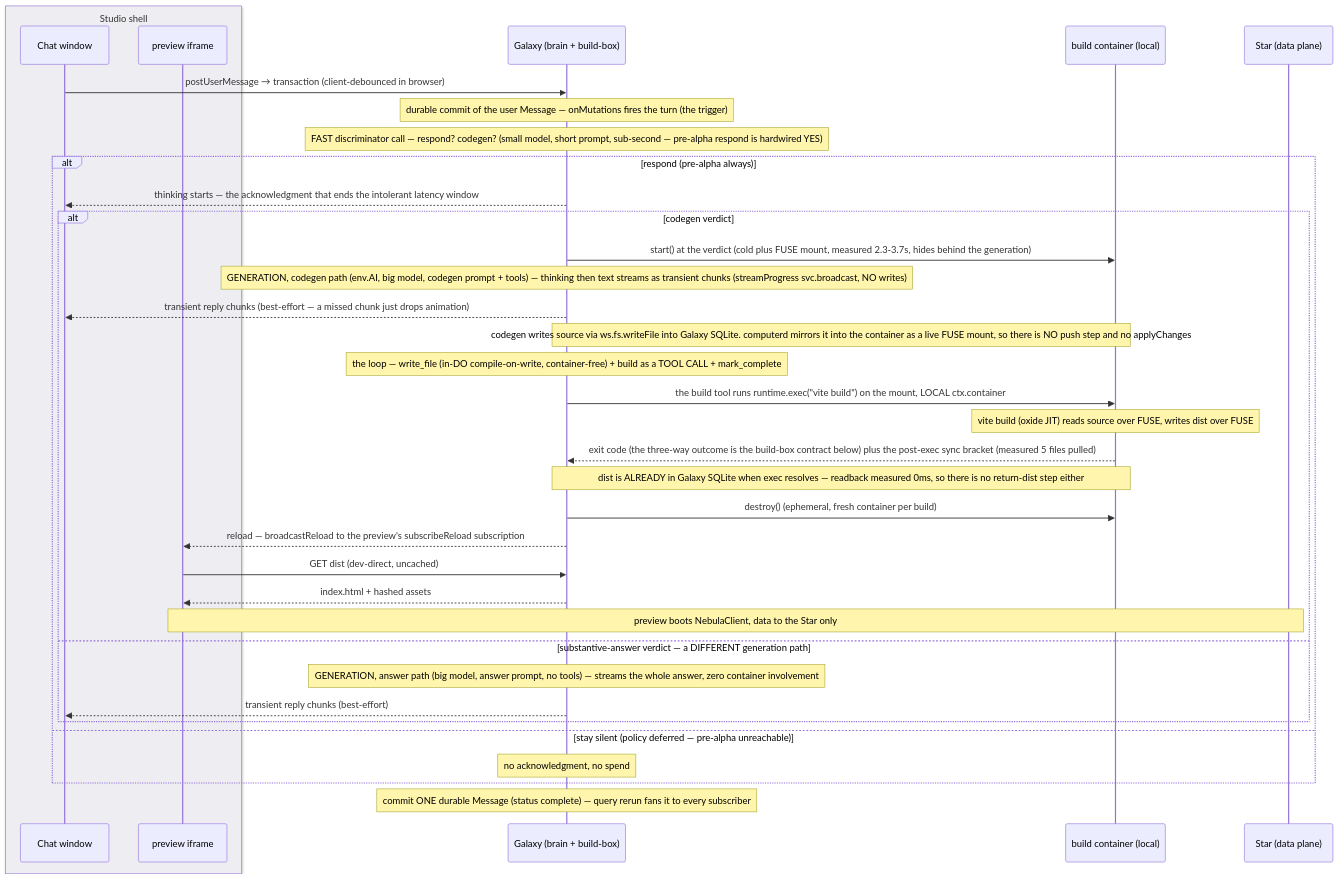
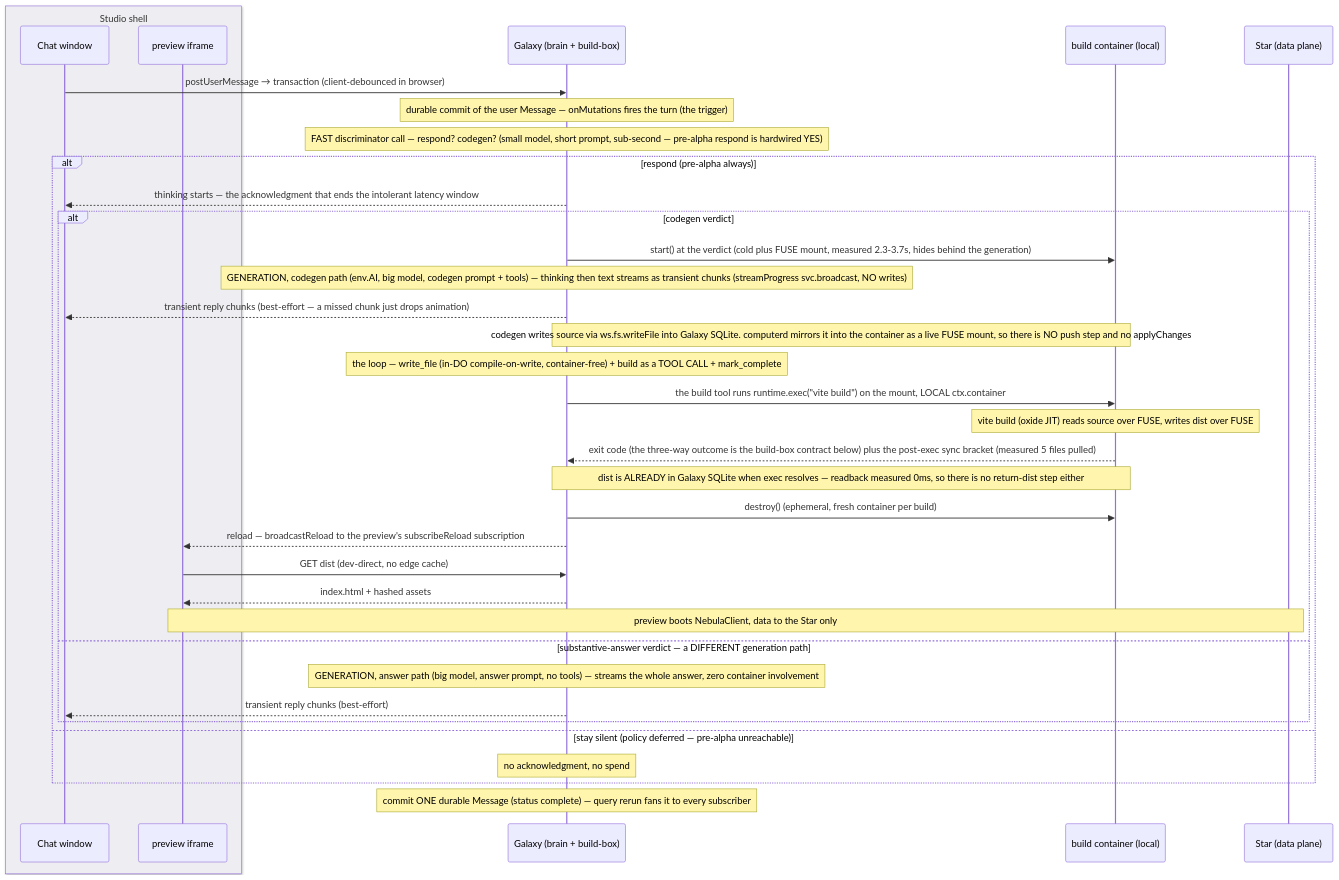
One commit to lumenize/lumenize changed the diagram in tasks/nebula-galaxy-collapse-and-chat.md. Above: the diagram before and after it, drawn with Mermaid. The commit also changed other lines of this file, not shown here.

First line of the commit message:
docs(collapse): drop the one-row flowchart; 'uncached' means no EDGE cache (hand review)

````diff
--- a/tasks/nebula-galaxy-collapse-and-chat.md
+++ b/tasks/nebula-galaxy-collapse-and-chat.md
@@ -75,38 +75,38 @@
 ```mermaid
 sequenceDiagram
     box rgb(238,238,242) Studio shell
       participant Chat as Chat window
       participant P as preview iframe
     end
     participant G as Galaxy (brain + build-box)
     participant K as build container (local)
     participant Da as Star (data plane)
     Chat->>G: postUserMessage → transaction (client-debounced in browser)
     Note over G: durable commit of the user Message — onMutations fires the turn (the trigger)
     Note over G: FAST discriminator call — respond? codegen? (small model, short prompt, sub-second — pre-alpha respond is hardwired YES)
     alt respond (pre-alpha always)
       G-->>Chat: thinking starts — the acknowledgment that ends the intolerant latency window
       alt codegen verdict
         G->>K: start() at the verdict (cold plus FUSE mount, measured 2.3-3.7s, hides behind the generation)
         Note over G: GENERATION, codegen path (env.AI, big model, codegen prompt + tools) — thinking then text streams as transient chunks (streamProgress svc.broadcast, NO writes)
         G-->>Chat: transient reply chunks (best-effort — a missed chunk just drops animation)
         Note over G,K: codegen writes source via ws.fs.writeFile into Galaxy SQLite. computerd mirrors it into the container as a live FUSE mount, so there is NO push step and no applyChanges
         Note over G: the loop — write_file (in-DO compile-on-write, container-free) + build as a TOOL CALL + mark_complete
         G->>K: the build tool runs runtime.exec("vite build") on the mount, LOCAL ctx.container
         Note over K: vite build (oxide JIT) reads source over FUSE, writes dist over FUSE
         K-->>G: exit code (the three-way outcome is the build-box contract below) plus the post-exec sync bracket (measured 5 files pulled)
         Note over G,K: dist is ALREADY in Galaxy SQLite when exec resolves — readback measured 0ms, so there is no return-dist step either
         G->>K: destroy() (ephemeral, fresh container per build)
         G-->>P: reload — broadcastReload to the preview's subscribeReload subscription
-        P->>G: GET dist (dev-direct, uncached)
+        P->>G: GET dist (dev-direct, no edge cache)
         G-->>P: index.html + hashed assets
         Note over P,Da: preview boots NebulaClient, data to the Star only
       else substantive-answer verdict — a DIFFERENT generation path
         Note over G: GENERATION, answer path (big model, answer prompt, no tools) — streams the whole answer, zero container involvement
         G-->>Chat: transient reply chunks (best-effort)
       end
     else stay silent (policy deferred — pre-alpha unreachable)
       Note over G: no acknowledgment, no spend
     end
     Note over G: commit ONE durable Message (status complete) — query rerun fans it to every subscriber
 ```
````
